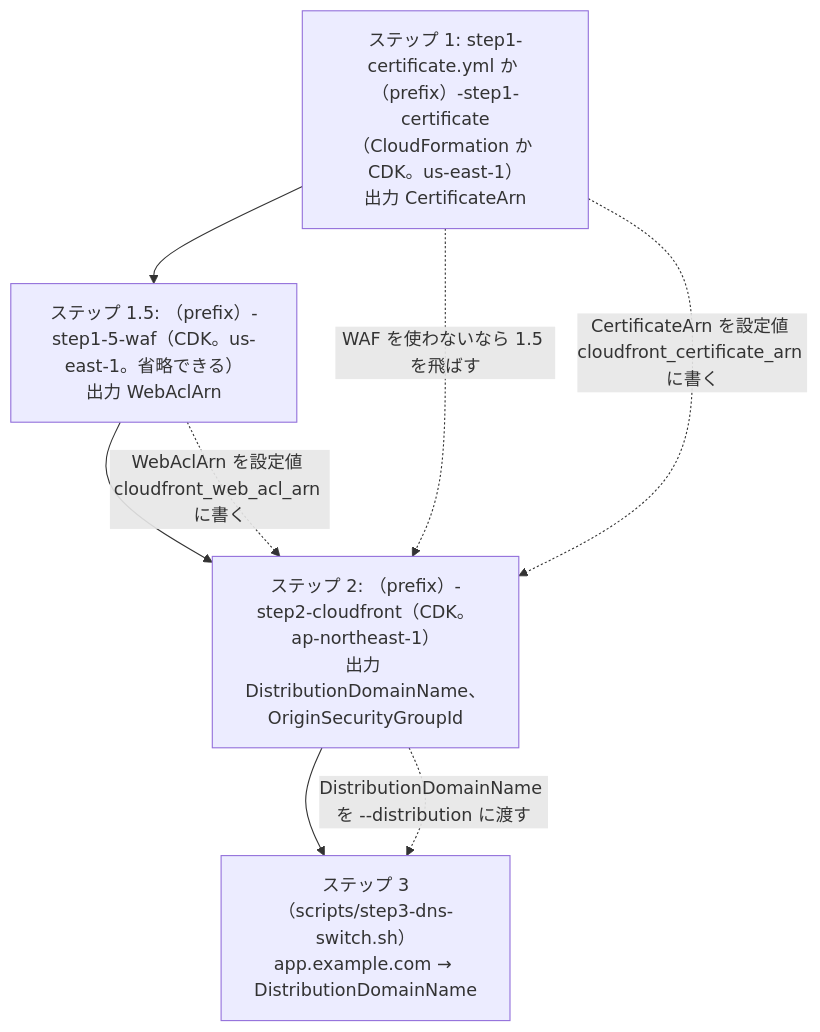
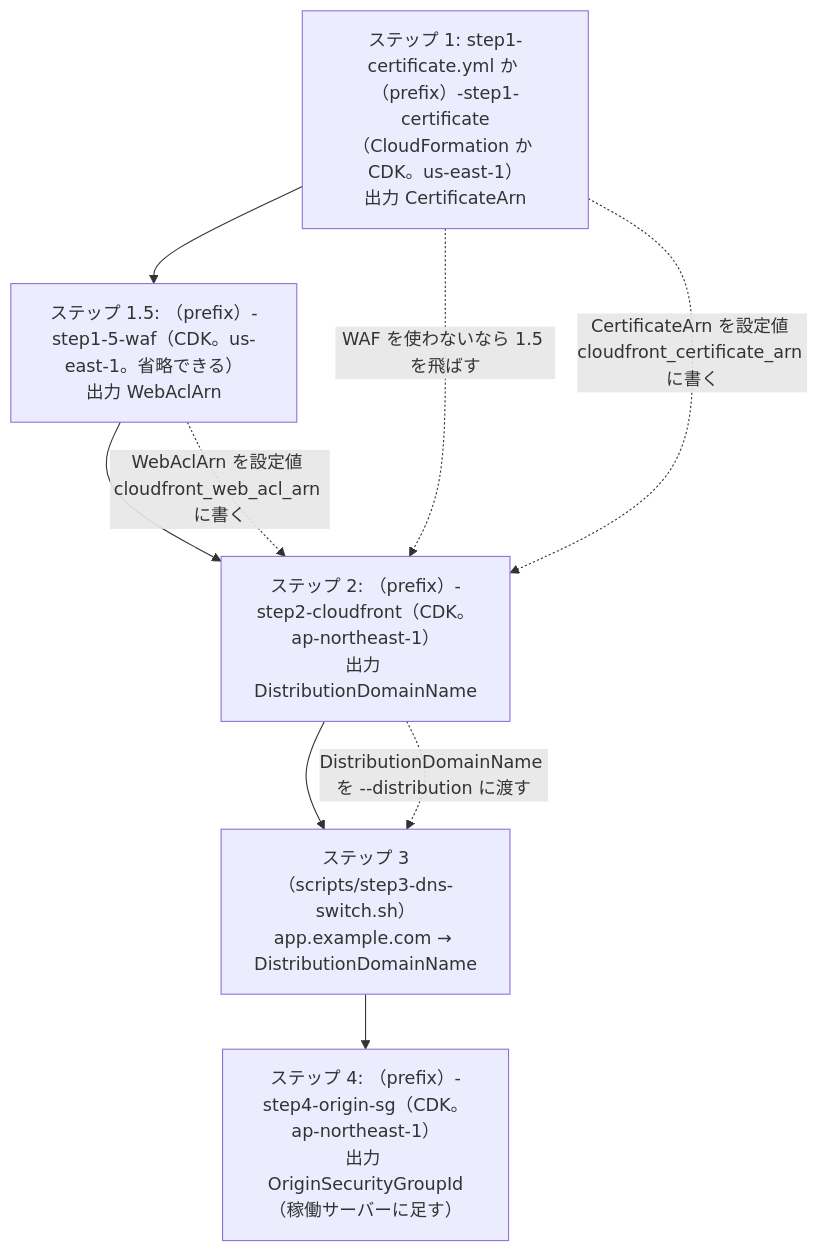
One commit to rxsxkxd/pk changed the diagram in docs/ec2-tls-termination-migration/definitions.md. Above: the diagram before and after it, drawn with Mermaid. The commit also changed other lines of this file and 23 other files, not shown here.

````diff
--- a/docs/ec2-tls-termination-migration/definitions.md
+++ b/docs/ec2-tls-termination-migration/definitions.md
@@ -26,13 +27,14 @@
 ```mermaid
 %%{init: {"themeVariables": {"fontSize": "16px"}}}%%
 flowchart TD
   S1["ステップ 1: step1-certificate.yml か （prefix）-step1-certificate（CloudFormation か CDK。us-east-1）<br/>出力 CertificateArn"]
   W["ステップ 1.5: （prefix）-step1-5-waf（CDK。us-east-1。省略できる）<br/>出力 WebAclArn"]
-  CF["ステップ 2: （prefix）-step2-cloudfront（CDK。ap-northeast-1）<br/>出力 DistributionDomainName、OriginSecurityGroupId"]
+  CF["ステップ 2: （prefix）-step2-cloudfront（CDK。ap-northeast-1）<br/>出力 DistributionDomainName"]
   S3["ステップ 3（scripts/step3-dns-switch.sh）<br/>app.example.com → DistributionDomainName"]
-  S1 --> W --> CF --> S3
+  S4["ステップ 4: （prefix）-step4-origin-sg（CDK。ap-northeast-1）<br/>出力 OriginSecurityGroupId（稼働サーバーに足す）"]
+  S1 --> W --> CF --> S3 --> S4
   S1 -. "WAF を使わないなら 1.5 を飛ばす" .-> CF
   S1 -. "CertificateArn を設定値 cloudfront_certificate_arn に書く" .-> CF
   W -. "WebAclArn を設定値 cloudfront_web_acl_arn に書く" .-> CF
   CF -. "DistributionDomainName を --distribution に渡す" .-> S3
 ```
````
